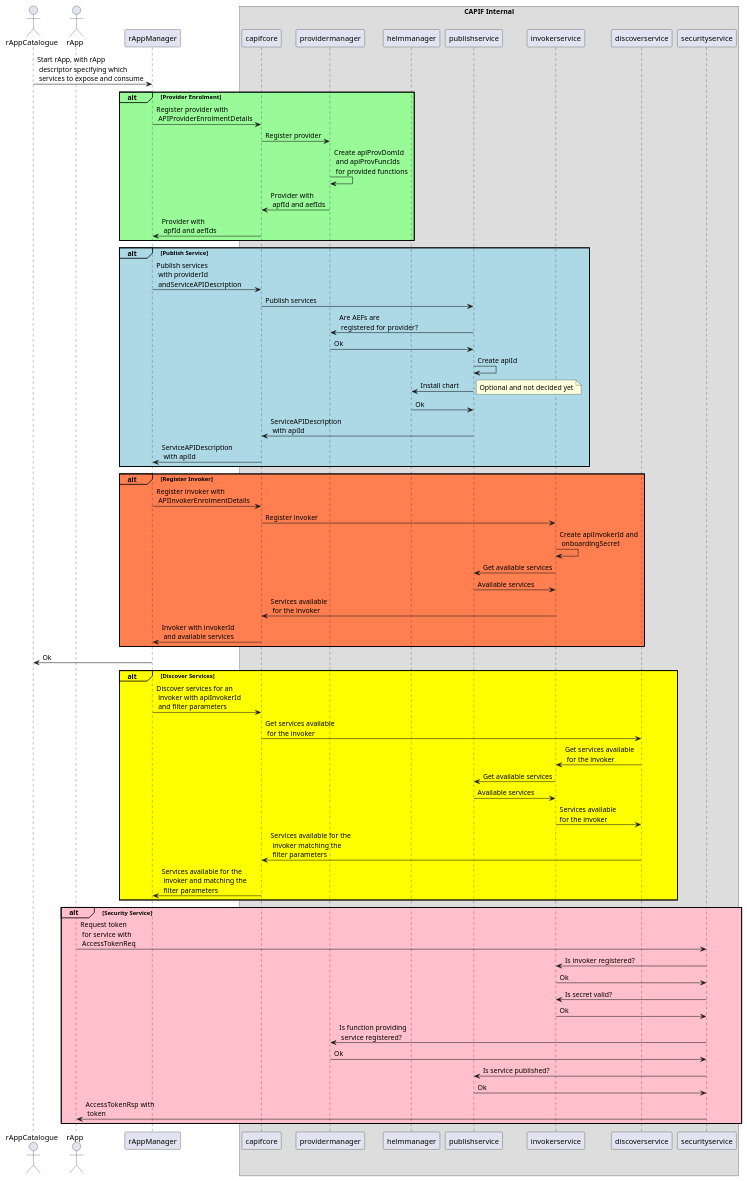
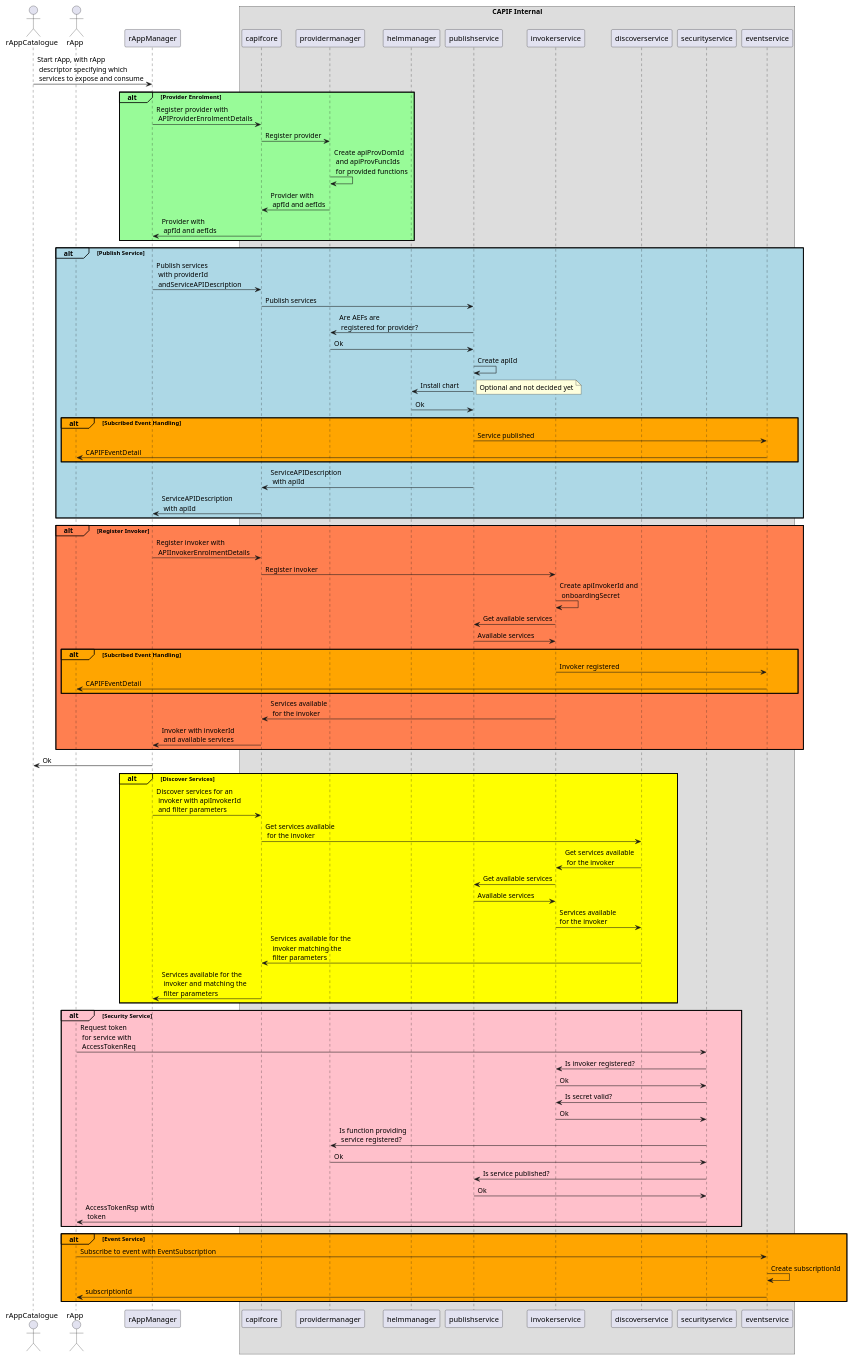
One commit to o-ran-sc/nonrtric-plt-sme changed the diagram in capifcore/docs/diagrams/registerpoviderandpublishservice.plantuml. Above: the diagram before and after it, drawn with PlantUML. The commit also changed 4 other files, not shown here.

First line of the commit message:
Add Event Service to diagrams

```diff
--- a/capifcore/docs/diagrams/registerpoviderandpublishservice.plantuml
+++ b/capifcore/docs/diagrams/registerpoviderandpublishservice.plantuml
@@ -1,69 +1,84 @@
 @startuml Register Provider
 actor rAppCatalogue
 actor rApp
 participant rAppManager
 box "CAPIF Internal"
 participant capifcore
 participant providermanager
 participant helmmanager
 participant publishservice
 participant invokerservice
 participant discoverservice
 participant securityservice
+participant eventservice
 end box
 
 rAppCatalogue->rAppManager: Start rApp, with rApp\n descriptor specifying which\n services to expose and consume
 alt#paleGreen #paleGreen Provider Enrolment
     rAppManager->capifcore: Register provider with\n APIProviderEnrolmentDetails
     capifcore->providermanager:Register provider
     providermanager->providermanager: Create apiProvDomId\n and apiProvFuncIds\n for provided functions
     providermanager->capifcore: Provider with\n apfId and aefIds
     capifcore->rAppManager: Provider with\n apfId and aefIds
 end
 alt#LightBlue #LightBlue Publish Service
     rAppManager->capifcore: Publish services\n with providerId\n andServiceAPIDescription
     capifcore->publishservice: Publish services
     publishservice->providermanager: Are AEFs are\n registered for provider?
     providermanager->publishservice: Ok
     publishservice->publishservice: Create apiId
     publishservice->helmmanager: Install chart
     note right: Optional and not decided yet
     helmmanager->publishservice: Ok
+    alt#Orange #Orange Subcribed Event Handling
+        publishservice->eventservice: Service published
+        eventservice->rApp: CAPIFEventDetail
+    end
     publishservice->capifcore: ServiceAPIDescription\n with apiId
     capifcore->rAppManager: ServiceAPIDescription\n with apiId
 end
 alt#coral #coral Register Invoker
     rAppManager->capifcore: Register invoker with\n APIInvokerEnrolmentDetails
     capifcore->invokerservice: Register invoker
     invokerservice->invokerservice: Create apiInvokerId and\n onboardingSecret
     invokerservice->publishservice: Get available services
     publishservice->invokerservice: Available services
+    alt#Orange #Orange Subcribed Event Handling
+        invokerservice->eventservice: Invoker registered
+        eventservice->rApp: CAPIFEventDetail
+    end
     invokerservice->capifcore: Services available\n for the invoker
     capifcore->rAppManager: Invoker with invokerId\n and available services
 end
 rAppManager->rAppCatalogue: Ok
 
 alt#Yellow #Yellow Discover Services
     rAppManager->capifcore: Discover services for an\n invoker with apiInvokerId\n and filter parameters
     capifcore->discoverservice: Get services available\n for the invoker
     discoverservice->invokerservice: Get services available\n for the invoker
     invokerservice->publishservice: Get available services
     publishservice->invokerservice: Available services
     invokerservice->discoverservice: Services available \nfor the invoker
     discoverservice->capifcore: Services available for the\n invoker matching the\n filter parameters
     capifcore->rAppManager: Services available for the\n invoker and matching the\n filter parameters
 end
 
 alt#Pink #Pink Security Service
     rApp->securityservice: Request token\n for service with\n AccessTokenReq
     securityservice->invokerservice: Is invoker registered?
     invokerservice->securityservice: Ok
     securityservice->invokerservice: Is secret valid?
     invokerservice->securityservice: Ok
     securityservice->providermanager: Is function providing\n service registered?
     providermanager->securityservice: Ok
     securityservice->publishservice: Is service published?
     publishservice->securityservice: Ok
     securityservice->rApp: AccessTokenRsp with\n token
 end
+
+alt#Orange #Orange Event Service
+    rApp->eventservice: Subscribe to event with EventSubscription
+    eventservice->eventservice: Create subscriptionId
+    eventservice->rApp: subscriptionId
+end
 @enduml
```
